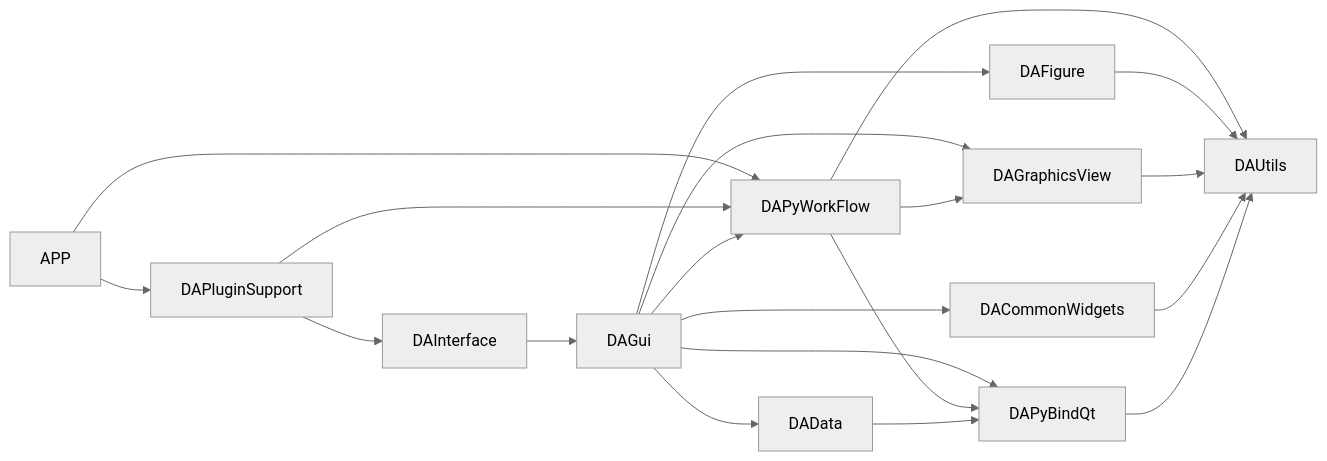
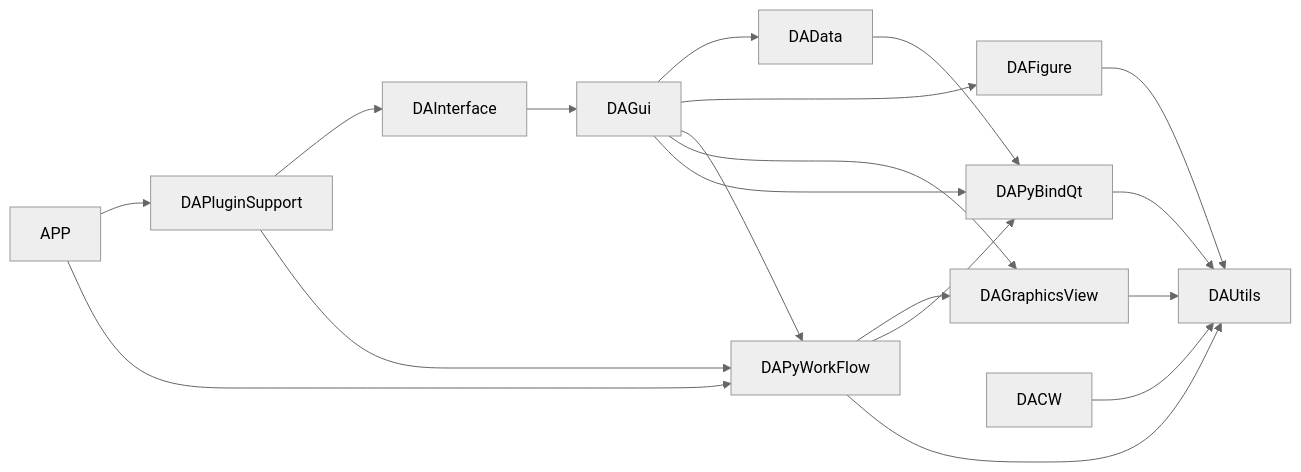
One commit to czyt1988/data-workbench changed the second of 6 diagrams in docs/zh/dev-guide/developer-guide.md. Above: the diagram before and after it, drawn with Mermaid (neutral theme). The commit also changed other lines of this file and 11 other files, not shown here.

First line of the commit message:
docs(i18n): 补录新控件文案并清理 DACommonWidgets 文档漂移

````diff
--- a/docs/zh/dev-guide/developer-guide.md
+++ b/docs/zh/dev-guide/developer-guide.md
@@ -236,22 +235,21 @@
 ```mermaid
 graph LR
     APP --> DAPS[DAPluginSupport]
     APP --> DAPW[DAPyWorkFlow]
     DAPS --> DAI[DAInterface]
     DAPS --> DAPW
     DAI --> DAGui
     DAGui --> DAD[DAData]
     DAGui --> DAF[DAFigure]
     DAGui --> DAPW
     DAGui --> DAGV[DAGraphicsView]
-    DAGui --> DACW[DACommonWidgets]
     DAGui --> DAPBQ[DAPyBindQt]
     DAPW --> DAGV
     DAPW --> DAPBQ
     DAPW --> DAU[DAUtils]
     DAD --> DAPBQ
     DAF --> DAU
     DAGV --> DAU
     DACW --> DAU
     DAPBQ --> DAU
 ```
````
